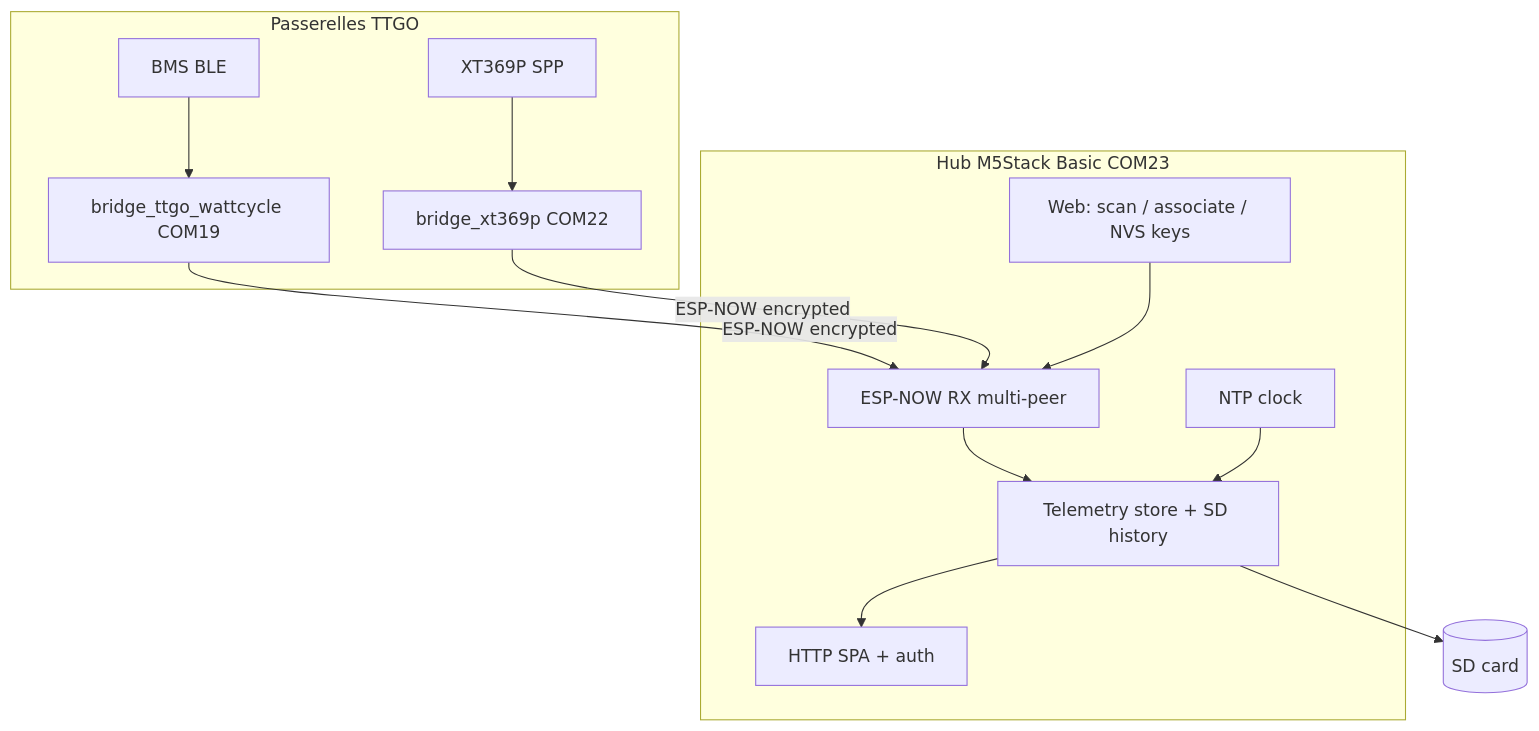
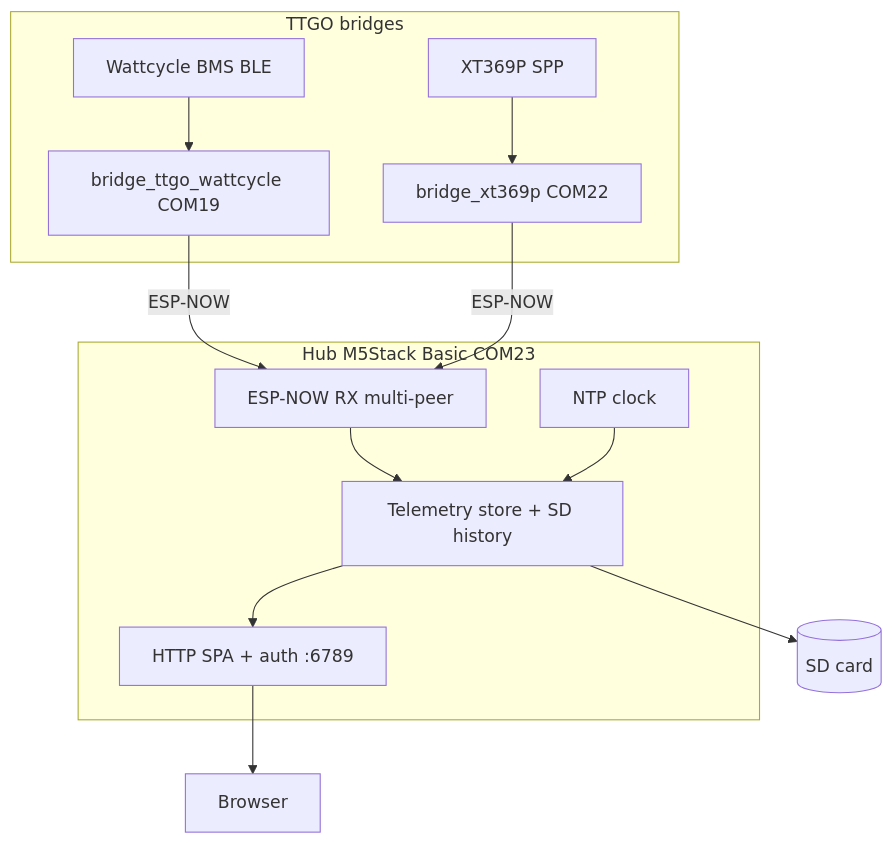
One commit to Nutz95/WattcycleEsp32Gateway changed the first of 2 diagrams in README.md. Above: the diagram before and after it, drawn with Mermaid. The commit also changed other lines of this file, not shown here.

Commit message:
docs: describe current M5+bridges architecture without phase/roadmap language

````diff
--- a/README.md
+++ b/README.md
@@ -37,20 +19,19 @@
 ```mermaid
 flowchart TB
-  subgraph bridges [Passerelles TTGO]
-    BMS2["BMS BLE"] --> BridgeBms["bridge_ttgo_wattcycle COM19"]
-    XT2["XT369P SPP"] --> BridgeXt["bridge_xt369p COM22"]
+  subgraph bridges [TTGO bridges]
+    BMS["Wattcycle BMS BLE"] --> BridgeBms["bridge_ttgo_wattcycle COM19"]
+    XT["XT369P SPP"] --> BridgeXt["bridge_xt369p COM22"]
   end
   subgraph hub [Hub M5Stack Basic COM23]
     EspNowRx["ESP-NOW RX multi-peer"]
     Store["Telemetry store + SD history"]
-    Web["HTTP SPA + auth"]
+    Web["HTTP SPA + auth :6789"]
     Ntp["NTP clock"]
-    PairUi["Web: scan / associate / NVS keys"]
   end
-  BridgeBms -->|"ESP-NOW encrypted"| EspNowRx
-  BridgeXt -->|"ESP-NOW encrypted"| EspNowRx
+  BridgeBms -->|"ESP-NOW"| EspNowRx
+  BridgeXt -->|"ESP-NOW"| EspNowRx
   EspNowRx --> Store --> Web
-  PairUi --> EspNowRx
   Store --> SD[(SD card)]
   Ntp --> Store
+  Web --> Browser["Browser"]
 ```
````
